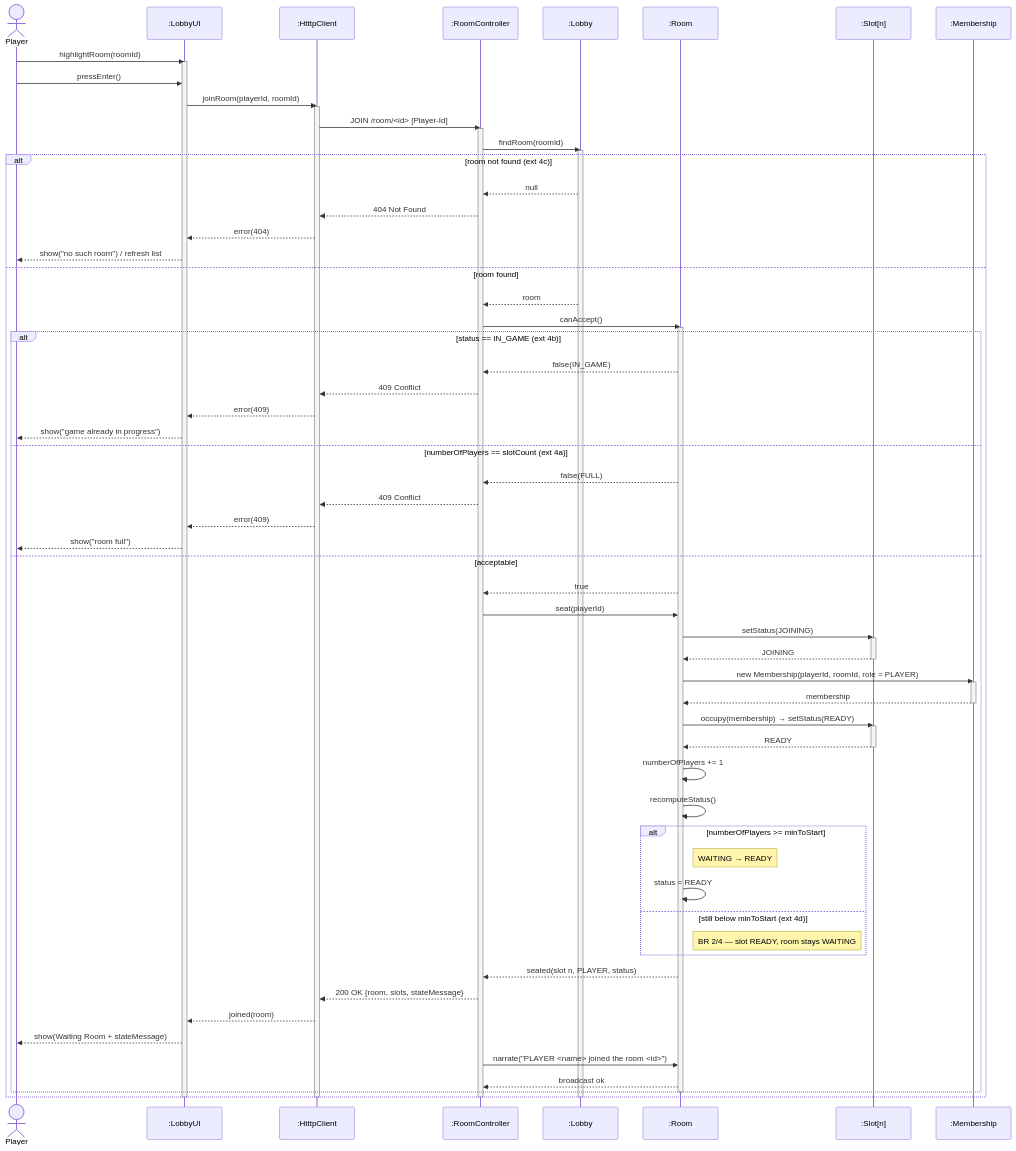
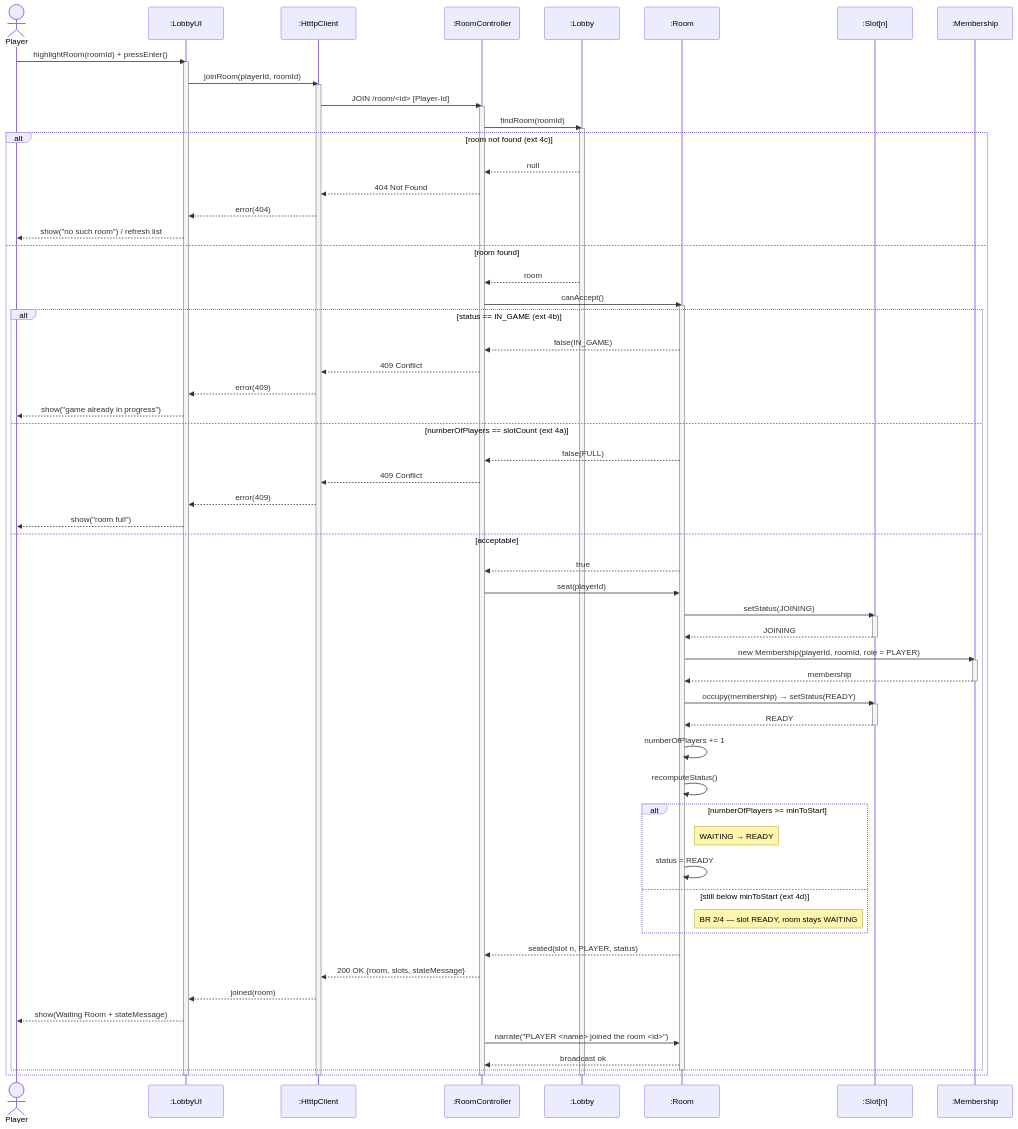
One commit to ziqiqiiii/tetriSH changed diagram 13 of 16 in docs/class_diagrams/cd_sd.md. Above: the diagram before and after it, drawn with Mermaid. The commit also changed other lines of this file, not shown here.

Commit message:
docs: refactor sequence diagram interactions by combining user actions

```diff
--- a/docs/class_diagrams/cd_sd.md
+++ b/docs/class_diagrams/cd_sd.md
@@ -1088,9 +1086,8 @@
     participant Sn as :Slot[n]
     participant M as :Membership
 
-    P->>UI: highlightRoom(roomId)
+    P->>UI: highlightRoom(roomId) + pressEnter()
     activate UI
-    P->>UI: pressEnter()
     UI->>C: joinRoom(playerId, roomId)
     activate C
     C->>RC: JOIN /room/<id>  [Player-Id]
```
